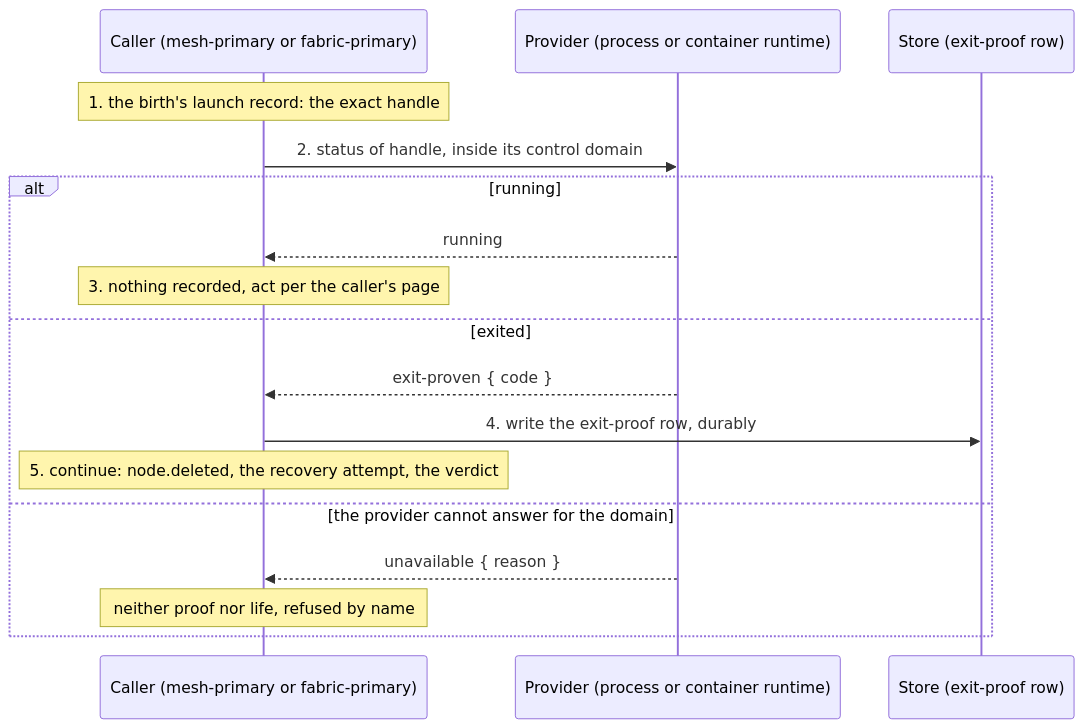
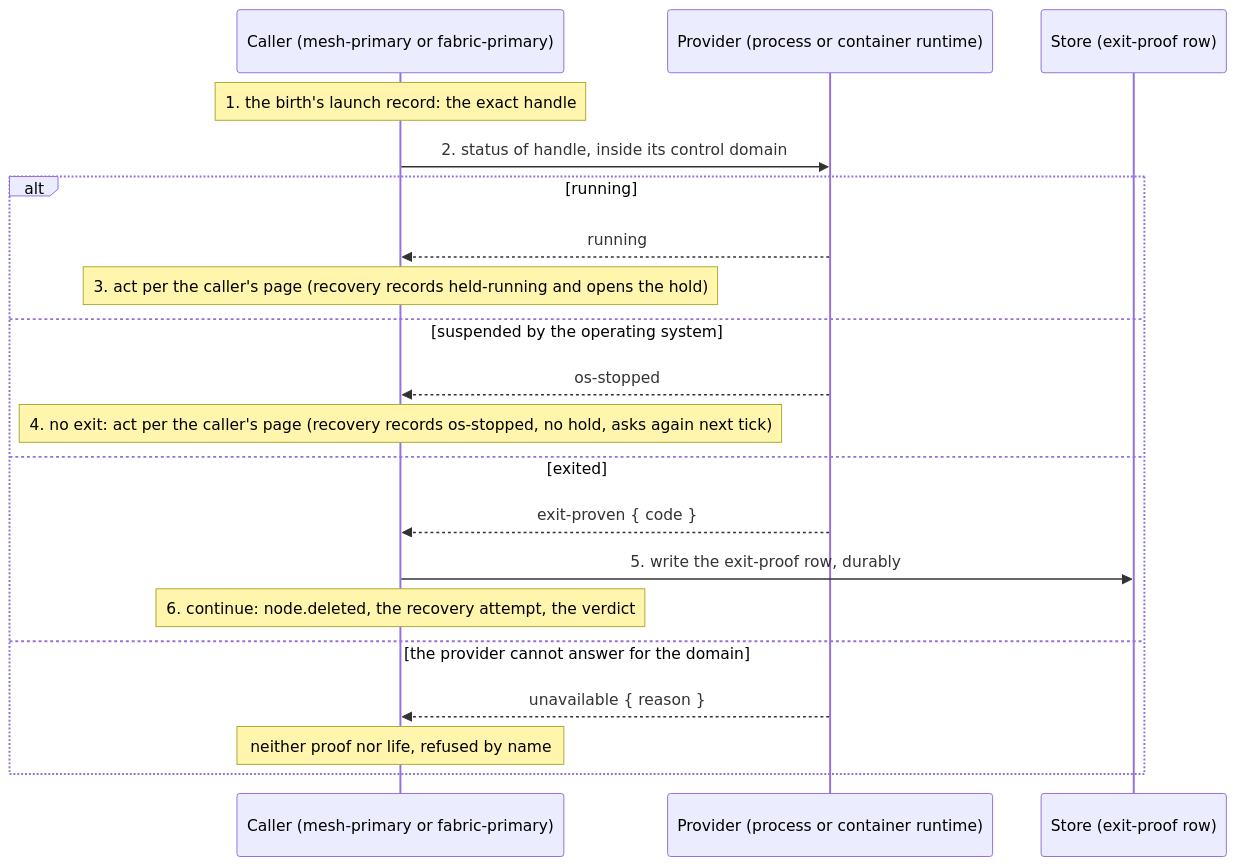
Before and after one commit to drlukeangel/rust-distributed-mesh: the diagram in docs/architecture/lifecycles/node-runtime-inspect.md, drawn with Mermaid. The commit also changed other lines of this file and 4 other files, not shown here.

First line of the commit message:
docs(architecture): the provider's os-stopped answer, the never-sent mark and a failed terminate's next tick (i144 e2)

````diff
--- a/docs/architecture/lifecycles/node-runtime-inspect.md
+++ b/docs/architecture/lifecycles/node-runtime-inspect.md
@@ -64,19 +72,22 @@
 ```mermaid
 sequenceDiagram
     participant C as Caller (mesh-primary or fabric-primary)
     participant V as Provider (process or container runtime)
     participant S as Store (exit-proof row)
     Note over C: 1. the birth's launch record: the exact handle
     C->>V: 2. status of handle, inside its control domain
     alt running
         V-->>C: running
-        Note over C: 3. nothing recorded, act per the caller's page
+        Note over C: 3. act per the caller's page (recovery records held-running and opens the hold)
+    else suspended by the operating system
+        V-->>C: os-stopped
+        Note over C: 4. no exit: act per the caller's page (recovery records os-stopped, no hold, asks again next tick)
     else exited
         V-->>C: exit-proven { code }
-        C->>S: 4. write the exit-proof row, durably
-        Note over C: 5. continue: node.deleted, the recovery attempt, the verdict
+        C->>S: 5. write the exit-proof row, durably
+        Note over C: 6. continue: node.deleted, the recovery attempt, the verdict
     else the provider cannot answer for the domain
         V-->>C: unavailable { reason }
         Note over C: neither proof nor life, refused by name
     end
 ```
````
